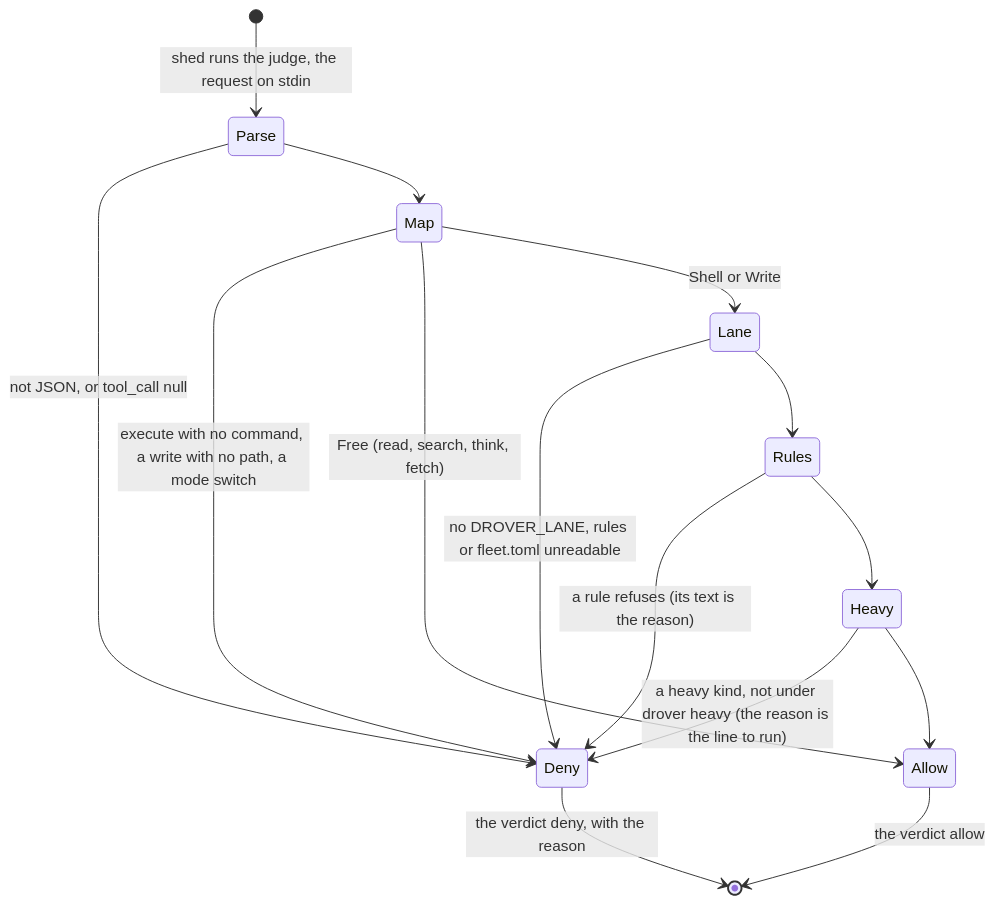
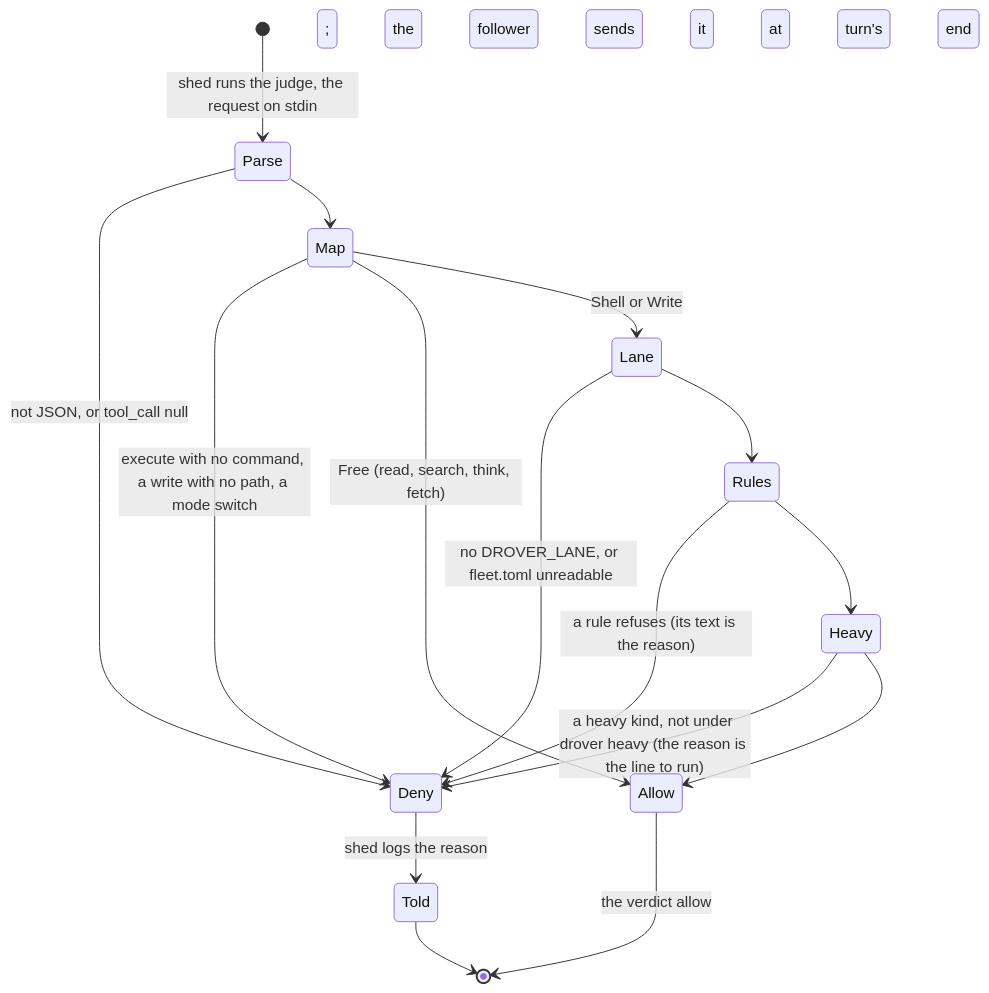
One commit to jirathip-dev/drover changed the first of 3 diagrams in docs/architecture/judged-lanes/boundaries.md. Above: the diagram before and after it, drawn with Mermaid. The commit also changed other lines of this file and 4 other files, not shown here.

Commit message:
docs(architecture): judged-lanes ADR redo: main host only, shed's accounts, no orchestrator step, a denied call's reason (#1694)

````diff
--- a/docs/architecture/judged-lanes/boundaries.md
+++ b/docs/architecture/judged-lanes/boundaries.md
@@ -36,17 +38,18 @@
 ```mermaid
 stateDiagram-v2
     [*] --> Parse: shed runs the judge, the request on stdin
     Parse --> Deny: not JSON, or tool_call null
     Parse --> Map
     Map --> Deny: execute with no command, a write with no path, a mode switch
     Map --> Allow: Free (read, search, think, fetch)
     Map --> Lane: Shell or Write
-    Lane --> Deny: no DROVER_LANE, rules or fleet.toml unreadable
+    Lane --> Deny: no DROVER_LANE, or fleet.toml unreadable
     Lane --> Rules
     Rules --> Deny: a rule refuses (its text is the reason)
     Rules --> Heavy
     Heavy --> Deny: a heavy kind, not under drover heavy (the reason is the line to run)
     Heavy --> Allow
     Allow --> [*]: the verdict allow
-    Deny --> [*]: the verdict deny, with the reason
+    Deny --> Told: shed logs the reason; the follower sends it at the turn's end
+    Told --> [*]
 ```
````
